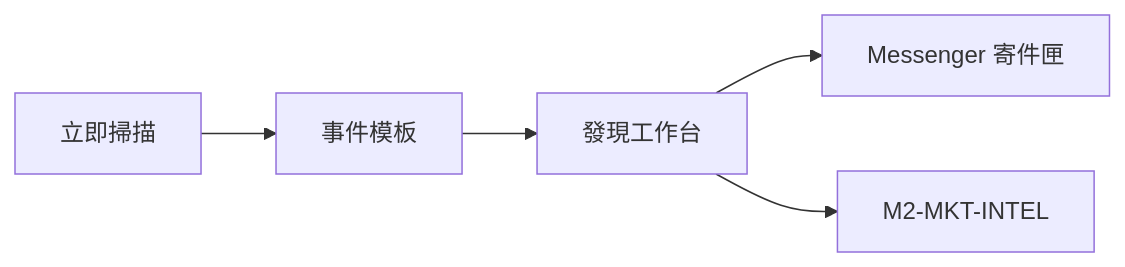
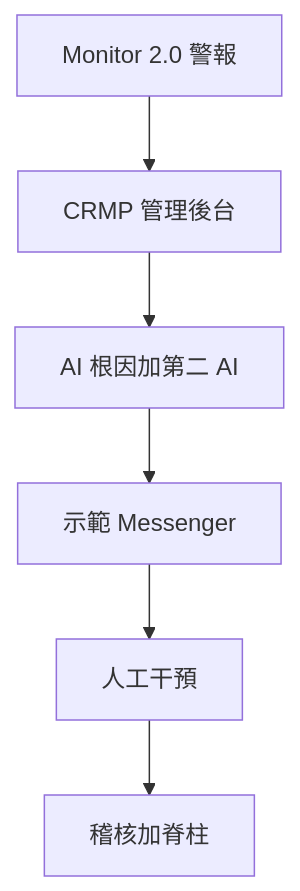
Before and after one commit to hxyan2020/PRD: the first of 3 diagrams in platform/docs/USER_GUIDE.zh-Hant.md, drawn with Mermaid. The commit also changed other lines of this file and 6 other files, not shown here.

````diff
--- a/platform/docs/USER_GUIDE.zh-Hant.md
+++ b/platform/docs/USER_GUIDE.zh-Hant.md
@@ -143,7 +29,8 @@
 ```mermaid
-graph LR
-  Scan[立即掃描] --> Templates[事件模板]
-  Templates --> Findings[發現工作台]
-  Findings --> Outbox[Messenger 寄件匣]
-  Findings --> Indicator[M2-MKT-INTEL]
+graph TD
+  Monitor[Monitor 2.0 警報] --> Desk[CRMP 管理後台]
+  Desk --> AI[AI 根因加第二 AI]
+  AI --> Msg[示範 Messenger]
+  Msg --> Human[人工干預]
+  Human --> Audit[稽核加脊柱]
 ```
````
